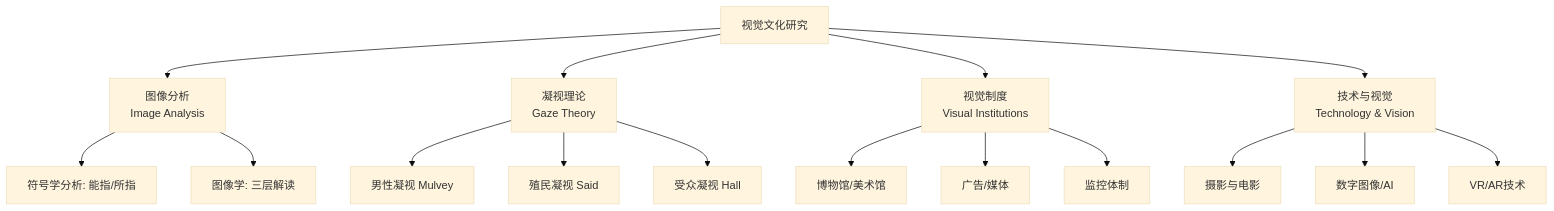
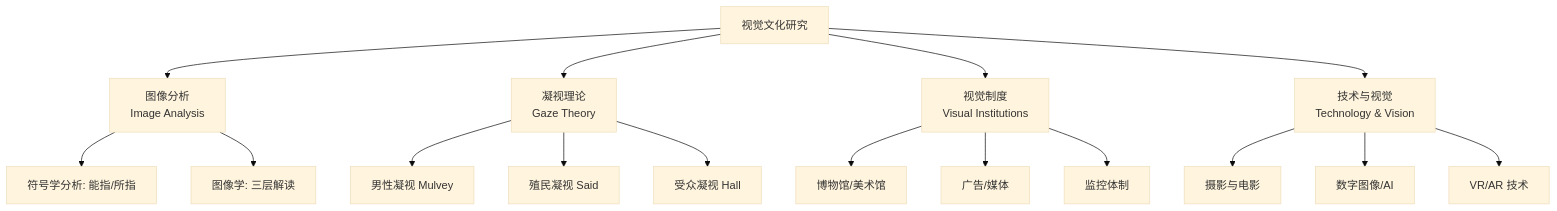
The diagram in 06_ArtsAndCreativity/FineArts/VisualCulture.md (Tianshang301/TianshangKnowledgeBase), drawn with Mermaid (base theme) before and after one commit. The commit also changed other lines of this file and 2257 other files, not shown here.

````diff
--- a/06_ArtsAndCreativity/FineArts/VisualCulture.md
+++ b/06_ArtsAndCreativity/FineArts/VisualCulture.md
@@ -14,22 +16,22 @@
 ```mermaid
 flowchart TD
     VC[视觉文化研究] --> IMG[图像分析<br/>Image Analysis]
     VC --> GAZE[凝视理论<br/>Gaze Theory]
     VC --> INST[视觉制度<br/>Visual Institutions]
     VC --> TECH[技术与视觉<br/>Technology & Vision]
     
     IMG --> IM1[符号学分析: 能指/所指]
     IMG --> IM2[图像学: 三层解读]
     
     GAZE --> G1[男性凝视 Mulvey]
     GAZE --> G2[殖民凝视 Said]
     GAZE --> G3[受众凝视 Hall]
     
     INST --> I1[博物馆/美术馆]
     INST --> I2[广告/媒体]
     INST --> I3[监控体制]
     
     TECH --> T1[摄影与电影]
     TECH --> T2[数字图像/AI]
-    TECH --> T3[VR/AR技术]
+    TECH --> T3[VR/AR 技术]
 ```
````
